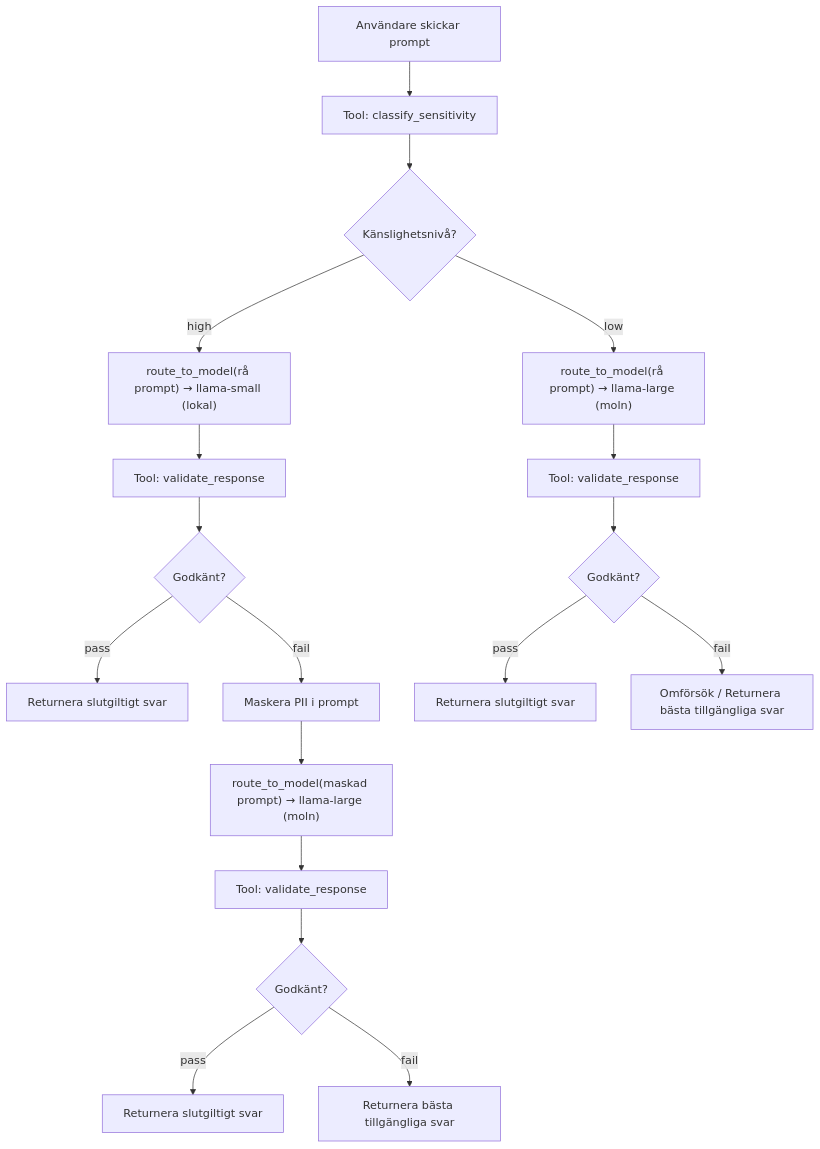
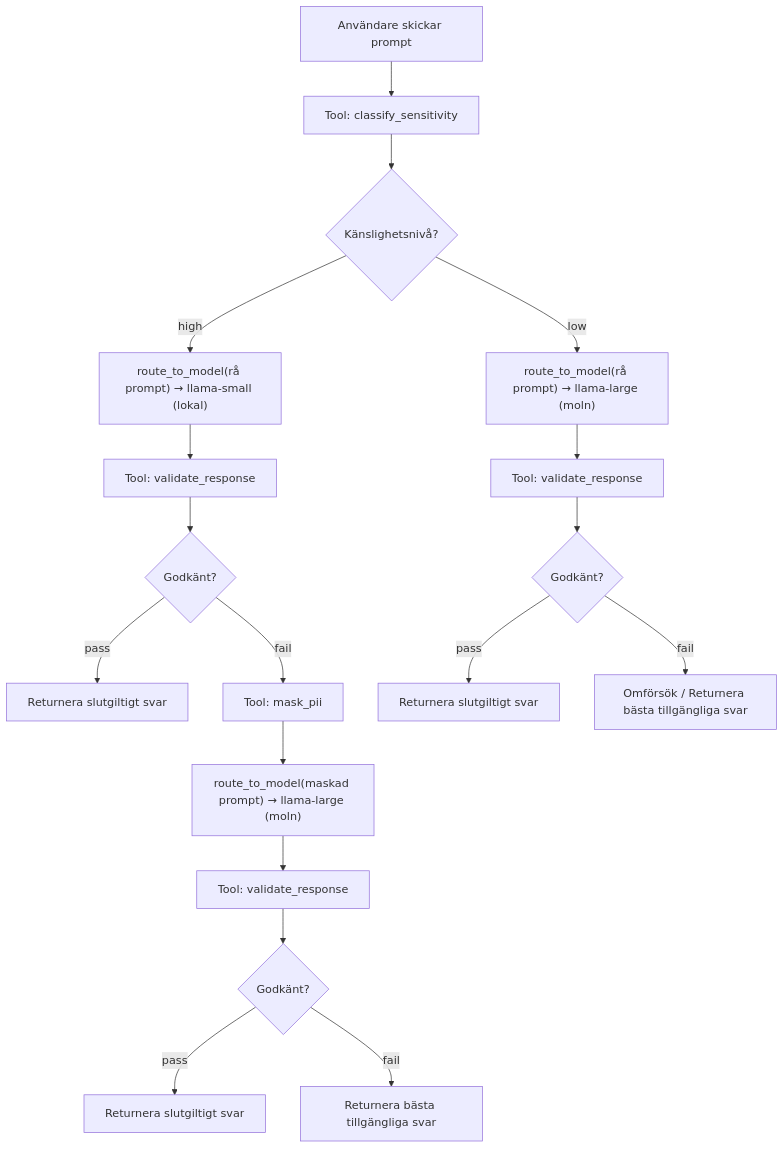
One commit to Abdriano95/c1tai1-lab2-prompt-router changed the diagram in README.md. Above: the diagram before and after it, drawn with Mermaid. The commit also changed other lines of this file and 6 other files, not shown here.

Commit message:
update: implement mask_pii tool for PII handling during escalation; adjust agent logic to utilize masked prompts for cloud model routing; enhance README and tests for clarity and coverage

````diff
--- a/README.md
+++ b/README.md
@@ -78,20 +79,20 @@
 ```mermaid
 flowchart TD
     START[Användare skickar prompt] --> CLASSIFY[Tool: classify_sensitivity]
     CLASSIFY --> DECIDE{Känslighetsnivå?}
     DECIDE -- high --> LOCAL["route_to_model(rå prompt) → llama-small (lokal)"]
     DECIDE -- low --> CLOUD["route_to_model(rå prompt) → llama-large (moln)"]
     LOCAL --> VALIDATE1[Tool: validate_response]
     CLOUD --> VALIDATE2[Tool: validate_response]
     VALIDATE1 --> CHECK1{Godkänt?}
     CHECK1 -- pass --> DONE1[Returnera slutgiltigt svar]
-    CHECK1 -- fail --> MASK[Maskera PII i prompt]
+    CHECK1 -- fail --> MASK[Tool: mask_pii]
     MASK --> ESCALATE["route_to_model(maskad prompt) → llama-large (moln)"]
     ESCALATE --> VALIDATE3[Tool: validate_response]
     VALIDATE3 --> CHECK2{Godkänt?}
     CHECK2 -- pass --> DONE2[Returnera slutgiltigt svar]
     CHECK2 -- fail --> FALLBACK[Returnera bästa tillgängliga svar]
     VALIDATE2 --> CHECK3{Godkänt?}
     CHECK3 -- pass --> DONE3[Returnera slutgiltigt svar]
     CHECK3 -- fail --> RETRY[Omförsök / Returnera bästa tillgängliga svar]
 ```
````
